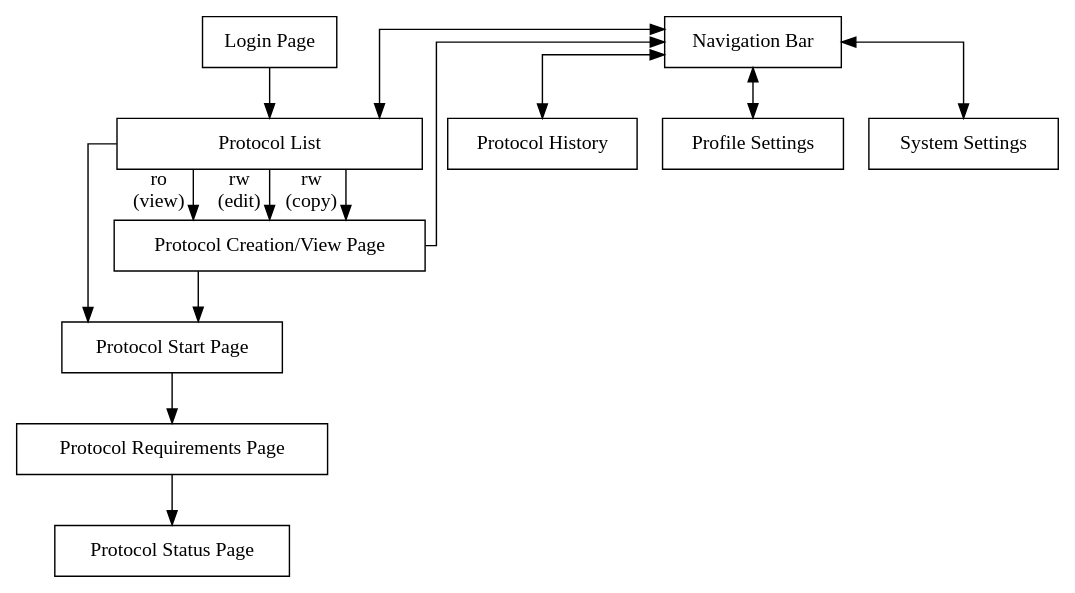
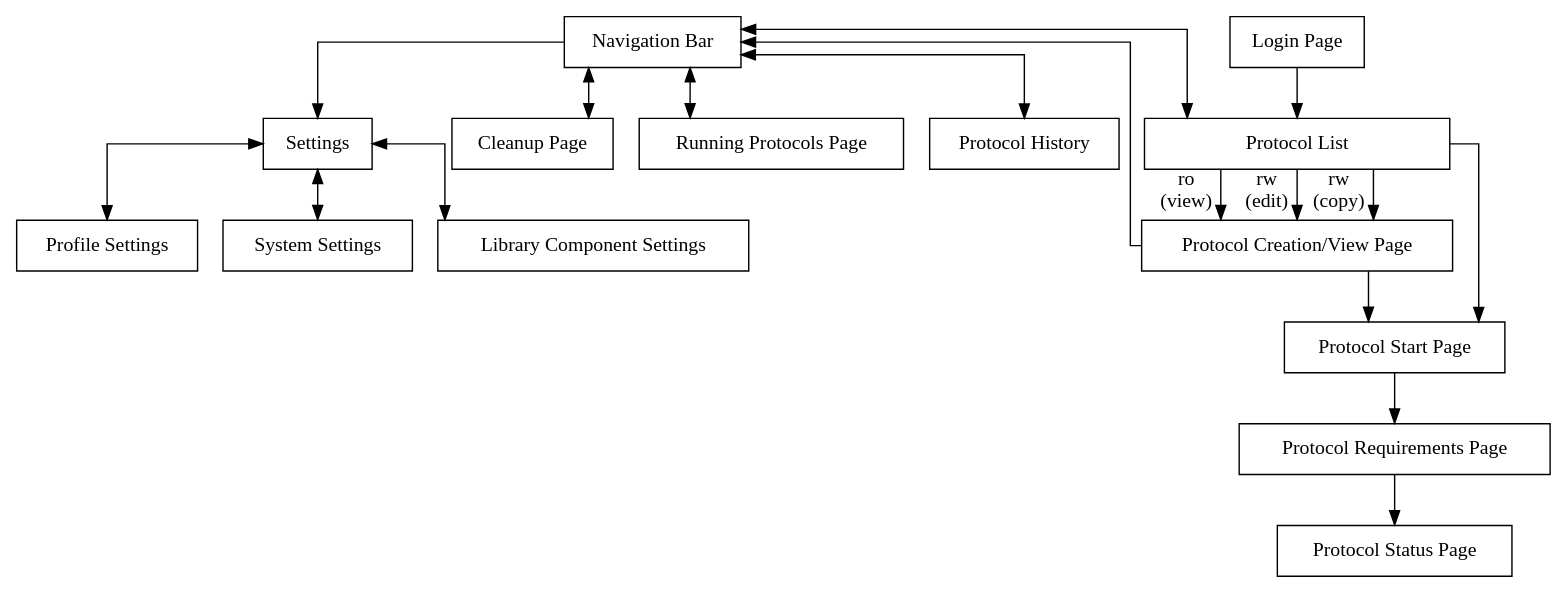
The diagram in map.dot (TonesTeam/tones-ui), drawn with Graphviz before and after one commit. The commit also changed 1 other file, not shown here.

Commit message:
ui graph changes

```diff
--- a/map.dot
+++ b/map.dot
@@ -1,27 +1,32 @@
 
 
 
 digraph {
     splines = ortho
     node [shape=rectangle,fixedsize=false]
 	"Login Page" -> "Protocol List"
 	"Protocol List" [width=3]
 	{rank = same; "Navigation Bar";"Login Page";}
 
 	"Navigation Bar" -> "Protocol List" [dir=both]
 	"Navigation Bar" -> "Protocol History" [dir=both]
-	"Navigation Bar" -> "Profile Settings" [dir=both]
-	"Navigation Bar" -> "System Settings" [dir=both]
+	"Navigation Bar" -> "Settings"
+	"Settings" -> "Library Component Settings" [dir=both]
+	"Settings" -> "Profile Settings" [dir=both]
+	"Settings" -> "System Settings" [dir=both]
+
+	"Navigation Bar" -> "Cleanup Page" [dir=both]
+	"Navigation Bar" -> "Running Protocols Page" [dir=both]
 
 	"Protocol List" -> "Protocol Creation/View Page" [taillabel="ro\n (view)"]
 	"Protocol List" -> "Protocol Creation/View Page" [taillabel="rw\n (edit)"]
 	"Protocol List" -> "Protocol Creation/View Page" [taillabel="rw\n (copy)"]
 	"Protocol List" -> "Protocol Start Page"
 
 	"Protocol Creation/View Page" -> "Navigation Bar" 
 	"Protocol Creation/View Page" -> "Protocol Start Page"
 	"Protocol Start Page" -> "Protocol Requirements Page"
 	"Protocol Requirements Page" -> "Protocol Status Page"
 
 	
 }
```
